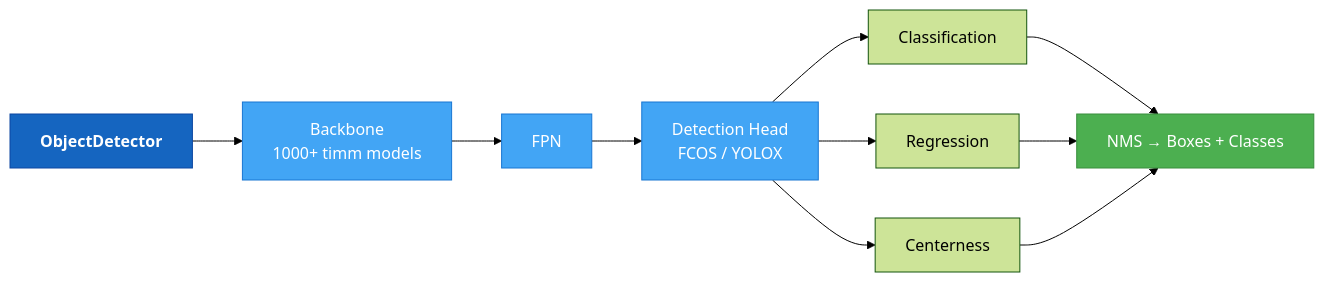
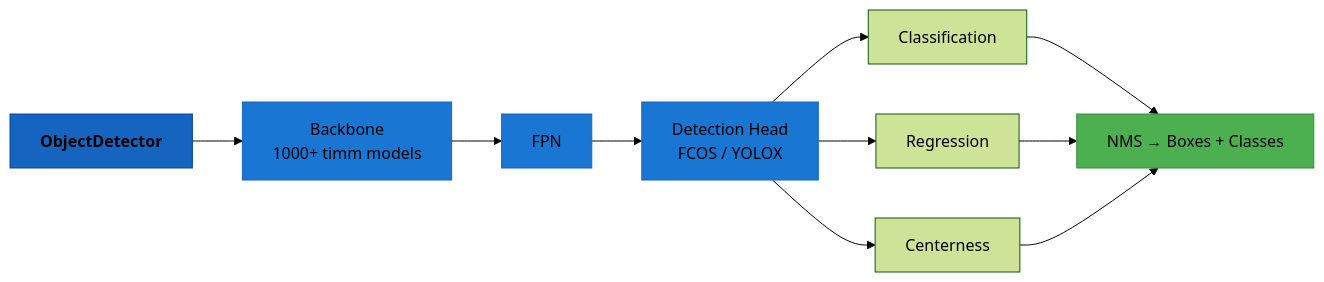
Before and after one commit to theja-vanka/AutoTimm: the second of 5 diagrams in docs/user-guide/models/index.md, drawn with Mermaid (forest theme). The commit also changed other lines of this file and 37 other files, not shown here.

````diff
--- a/docs/user-guide/models/index.md
+++ b/docs/user-guide/models/index.md
@@ -24,18 +24,18 @@
 ```mermaid
 graph LR
     A[<b>ObjectDetector</b>] --> B[Backbone<br/>1000+ timm models]
     B --> C[FPN]
     C --> D[Detection Head<br/>FCOS / YOLOX]
     D --> E1[Classification]
     D --> E2[Regression]
     D --> E3[Centerness]
     E1 --> F[NMS → Boxes + Classes]
     E2 --> F
     E3 --> F
 
-    style A fill:#1565C0,stroke:#0D47A1,color:#fff
-    style B fill:#42A5F5,stroke:#1976D2,color:#fff
-    style C fill:#42A5F5,stroke:#1976D2,color:#fff
-    style D fill:#42A5F5,stroke:#1976D2,color:#fff
-    style F fill:#4CAF50,stroke:#388E3C,color:#fff
+    style A fill:#1565C0,stroke:#0D47A1
+    style B fill:#1976D2,stroke:#1565C0
+    style C fill:#1976D2,stroke:#1565C0
+    style D fill:#1976D2,stroke:#1565C0
+    style F fill:#4CAF50,stroke:#388E3C
 ```
````
